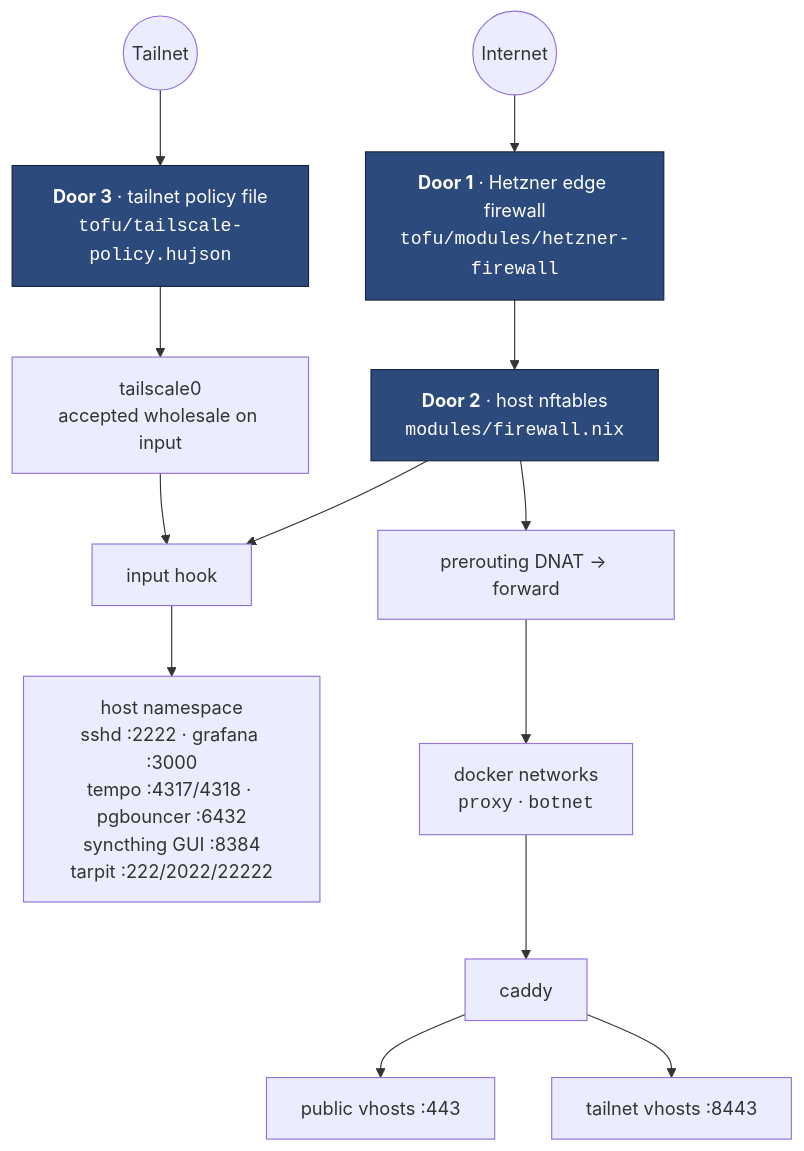
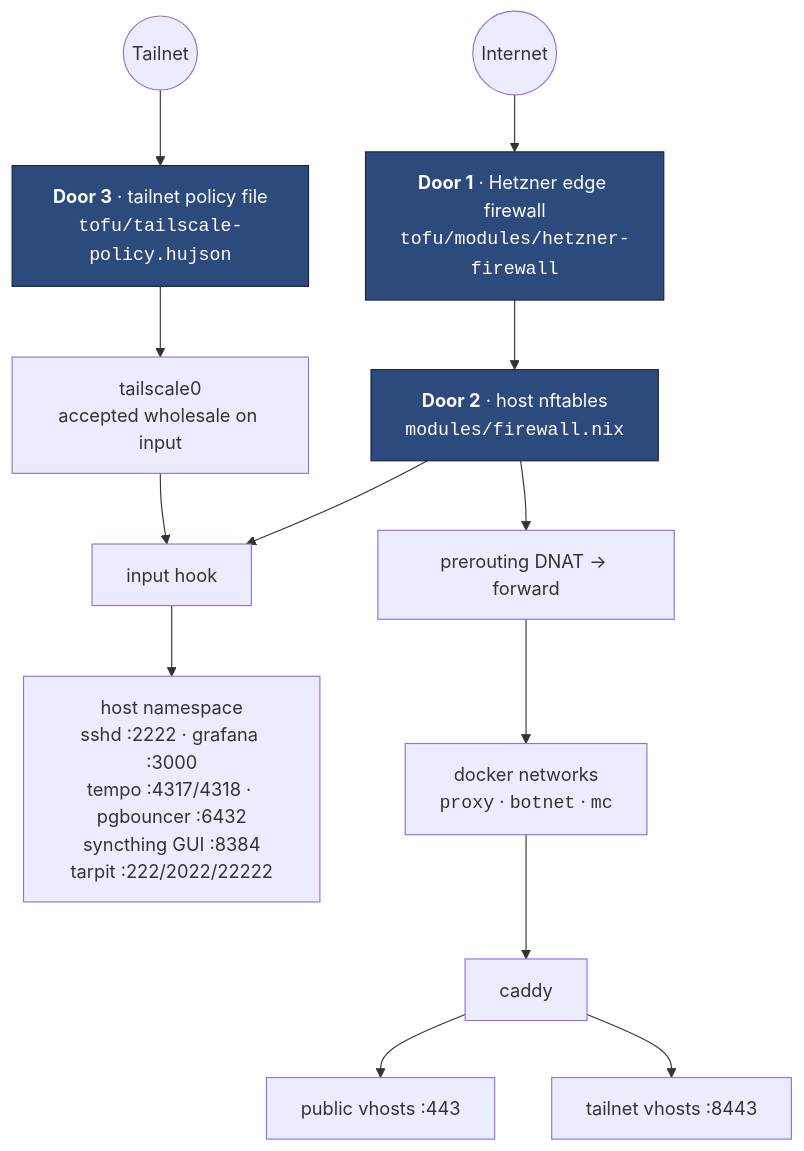
One commit to 1Git2Clone/vps changed the first of 2 diagrams in docs/src/architecture/network.md. Above: the diagram before and after it, drawn with Mermaid. The commit also changed other lines of this file and 17 other files, not shown here.

````diff
--- a/docs/src/architecture/network.md
+++ b/docs/src/architecture/network.md
@@ -6,23 +6,23 @@
 ```mermaid
 flowchart TB
     net(("Internet"))
     tailnet(("Tailnet"))
 
     net --> edge["<b>Door 1</b> · Hetzner edge firewall<br/><code>tofu/modules/hetzner-firewall</code>"]
     edge --> nft["<b>Door 2</b> · host nftables<br/><code>modules/firewall.nix</code>"]
     tailnet --> pol["<b>Door 3</b> · tailnet policy file<br/><code>tofu/tailscale-policy.hujson</code>"]
     pol --> ts["tailscale0<br/>accepted wholesale on input"]
 
     nft --> inp["input hook"]
     nft --> fwd["prerouting DNAT → forward"]
     ts --> inp
 
     inp --> hostsvc["host namespace<br/>sshd :2222 · grafana :3000<br/>tempo :4317/4318 · pgbouncer :6432<br/>syncthing GUI :8384<br/>tarpit :222/2022/22222"]
-    fwd --> dock["docker networks<br/><code>proxy</code> · <code>botnet</code>"]
+    fwd --> dock["docker networks<br/><code>proxy</code> · <code>botnet</code> · <code>mc</code>"]
     dock --> caddy["caddy"]
     caddy --> pub["public vhosts :443"]
     caddy --> priv["tailnet vhosts :8443"]
 
     classDef door fill:#2d4a7c,stroke:#16233c,color:#fff
     class edge,nft,pol door
 ```
````
